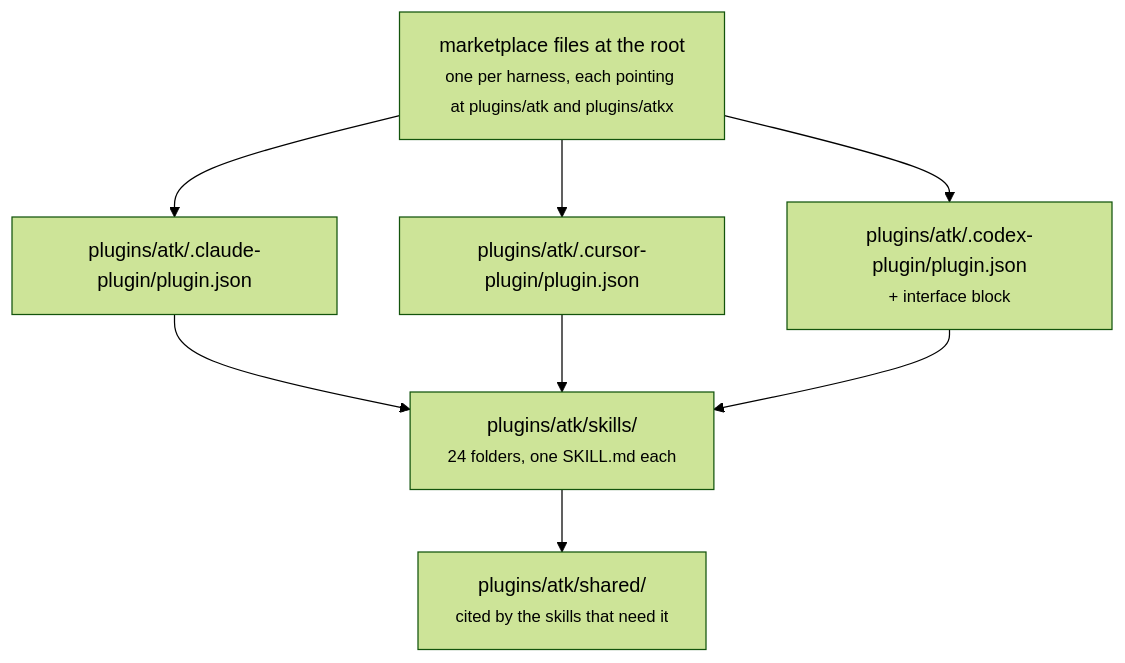
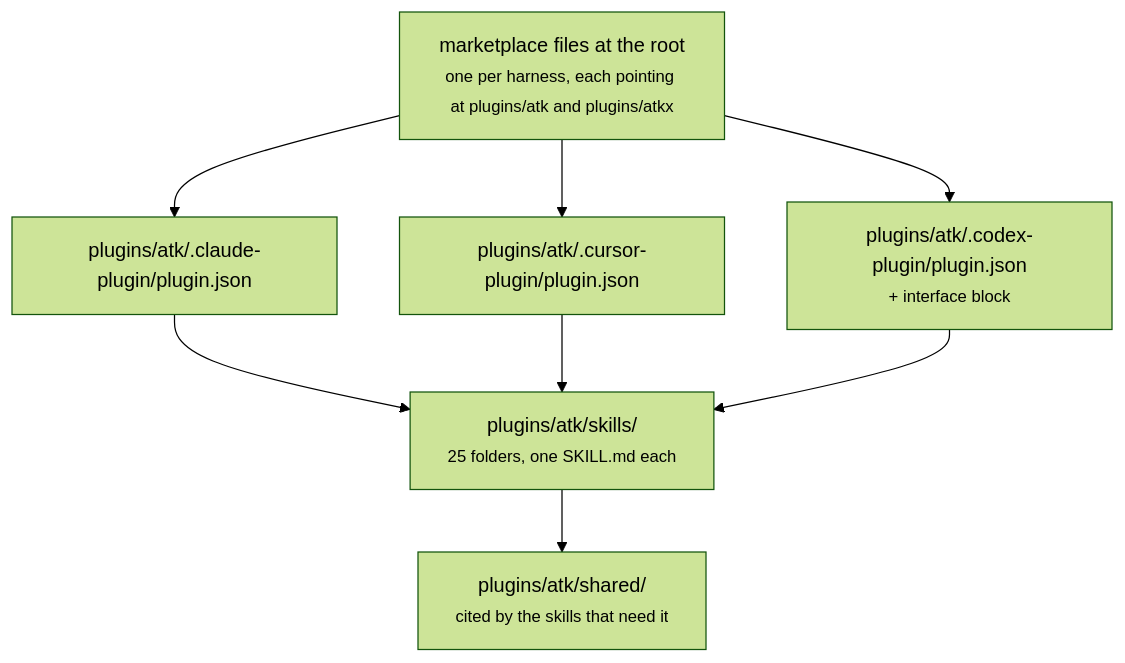
One commit to lamngockhuong/aiteamkit changed the first of 2 diagrams in docs/system-architecture.md. Above: the diagram before and after it, drawn with Mermaid (forest theme). The commit also changed other lines of this file and 49 other files, not shown here.

First line of the commit message:
feat: add atk:orchestrate, which proposes and runs the atk jobs each piece of work still needs (#122)

````diff
--- a/docs/system-architecture.md
+++ b/docs/system-architecture.md
@@ -63,10 +63,10 @@
 ```mermaid
 flowchart TD
     MK["marketplace files at the root<br/><small>one per harness, each pointing at plugins/atk and plugins/atkx</small>"] --> CP
     MK --> UP
     MK --> XP
-    CP["plugins/atk/.claude-plugin/plugin.json"] --> SK["plugins/atk/skills/<br/><small>24 folders, one SKILL.md each</small>"]
+    CP["plugins/atk/.claude-plugin/plugin.json"] --> SK["plugins/atk/skills/<br/><small>25 folders, one SKILL.md each</small>"]
     UP["plugins/atk/.cursor-plugin/plugin.json"] --> SK
     XP["plugins/atk/.codex-plugin/plugin.json<br/><small>+ interface block</small>"] --> SK
     SK --> SH["plugins/atk/shared/<br/><small>cited by the skills that need it</small>"]
 ```
````
